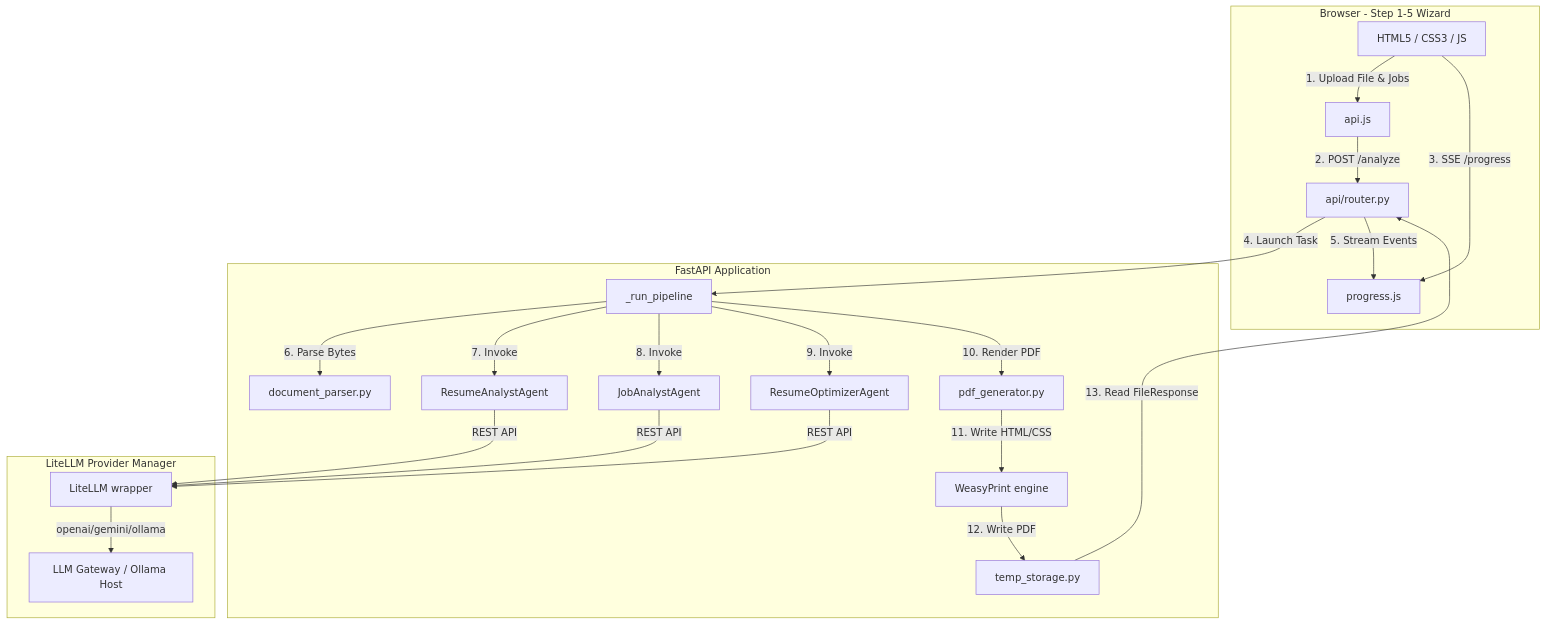
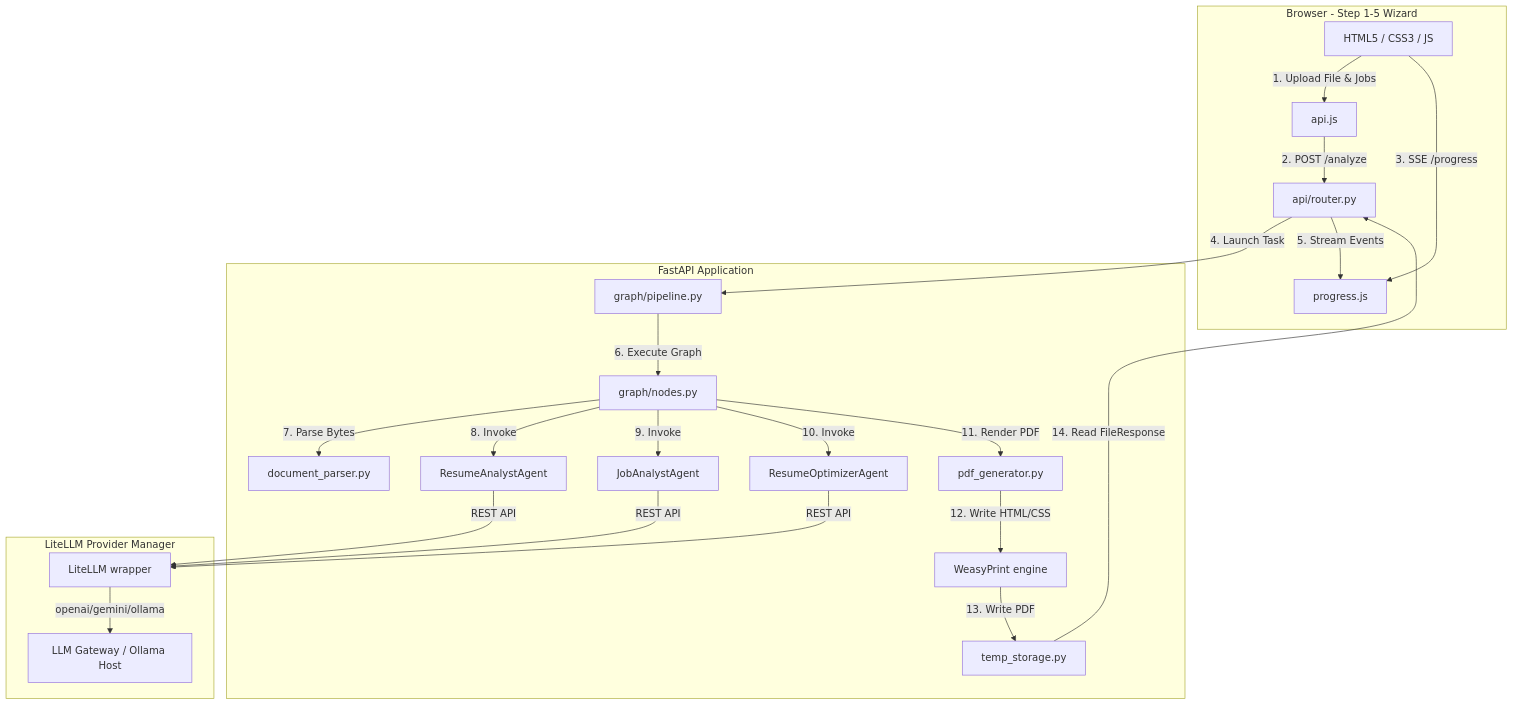
The diagram in docs/architecture.md (MichaelBruno1/ats-optimizer), drawn with Mermaid before and after one commit. The commit also changed other lines of this file and 76 other files, not shown here.

````diff
--- a/docs/architecture.md
+++ b/docs/architecture.md
@@ -7,29 +7,30 @@
 ```mermaid
 graph TD
     subgraph Frontend [Browser - Step 1-5 Wizard]
         UI[HTML5 / CSS3 / JS] -->|1. Upload File & Jobs| API_Client[api.js]
         API_Client -->|2. POST /analyze| Backend_Router
         UI -->|3. SSE /progress| SSE_Client[progress.js]
     end
 
     subgraph Backend [FastAPI Application]
-        Backend_Router[api/router.py] -->|4. Launch Task| Pipeline_Task[_run_pipeline]
+        Backend_Router[api/router.py] -->|4. Launch Task| Graph_Pipeline[graph/pipeline.py]
         Backend_Router -->|5. Stream Events| SSE_Client
         
-        Pipeline_Task -->|6. Parse Bytes| Doc_Parser[document_parser.py]
-        Pipeline_Task -->|7. Invoke| Resume_Analyst[ResumeAnalystAgent]
-        Pipeline_Task -->|8. Invoke| Job_Analyst[JobAnalystAgent]
-        Pipeline_Task -->|9. Invoke| Resume_Optimizer[ResumeOptimizerAgent]
-        Pipeline_Task -->|10. Render PDF| PDF_Gen[pdf_generator.py]
+        Graph_Pipeline -->|6. Execute Graph| Graph_Nodes[graph/nodes.py]
+        Graph_Nodes -->|7. Parse Bytes| Doc_Parser[document_parser.py]
+        Graph_Nodes -->|8. Invoke| Resume_Analyst[ResumeAnalystAgent]
+        Graph_Nodes -->|9. Invoke| Job_Analyst[JobAnalystAgent]
+        Graph_Nodes -->|10. Invoke| Resume_Optimizer[ResumeOptimizerAgent]
+        Graph_Nodes -->|11. Render PDF| PDF_Gen[pdf_generator.py]
         
-        PDF_Gen -->|11. Write HTML/CSS| WeasyPrint[WeasyPrint engine]
-        WeasyPrint -->|12. Write PDF| Temp_Store[temp_storage.py]
+        PDF_Gen -->|12. Write HTML/CSS| WeasyPrint[WeasyPrint engine]
+        WeasyPrint -->|13. Write PDF| Temp_Store[temp_storage.py]
     end
 
     subgraph LLM Gateway [LiteLLM Provider Manager]
         Resume_Analyst & Job_Analyst & Resume_Optimizer -->|REST API| LiteLLM[LiteLLM wrapper]
         LiteLLM -->|openai/gemini/ollama| External_API[LLM Gateway / Ollama Host]
     end
 
-    Temp_Store -->|13. Read FileResponse| Backend_Router
+    Temp_Store -->|14. Read FileResponse| Backend_Router
 ```
````
